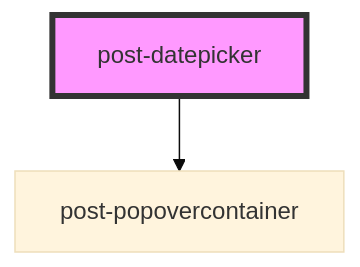
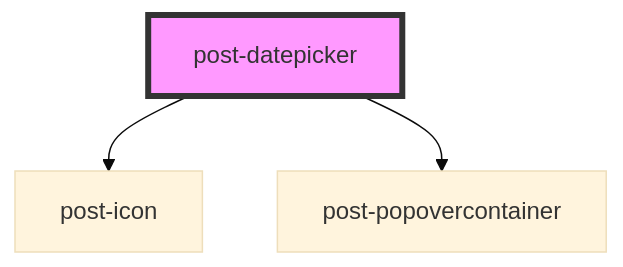
Before and after one commit to swisspost/design-system: the diagram in packages/components/src/components/post-datepicker/readme.md, drawn with Mermaid (base theme). The commit also changed other lines of this file and 4 other files, not shown here.

````diff
--- a/packages/components/src/components/post-datepicker/readme.md
+++ b/packages/components/src/components/post-datepicker/readme.md
@@ -64,5 +66,6 @@
 ```mermaid
 graph TD;
+  post-datepicker --> post-icon
   post-datepicker --> post-popovercontainer
   style post-datepicker fill:#f9f,stroke:#333,stroke-width:4px
 ```
````
